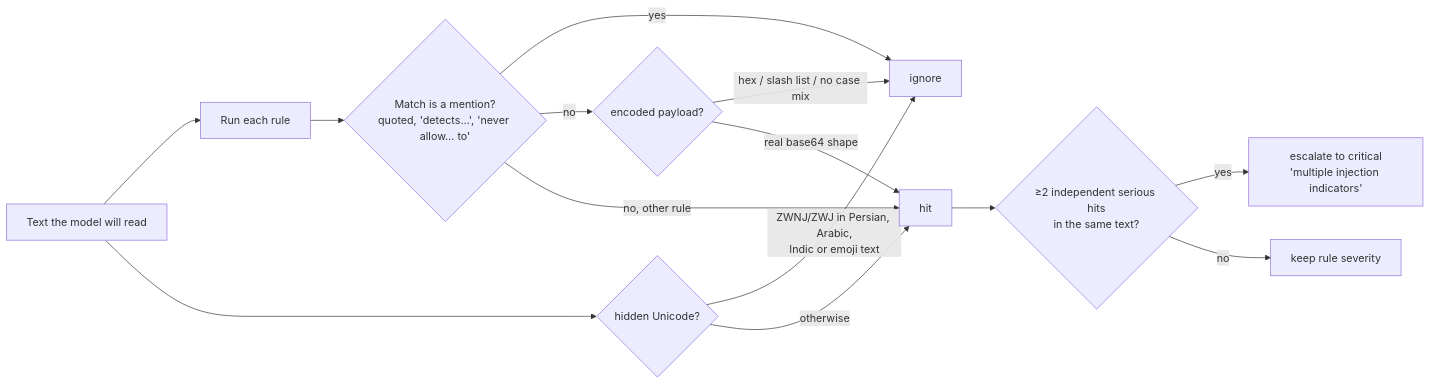
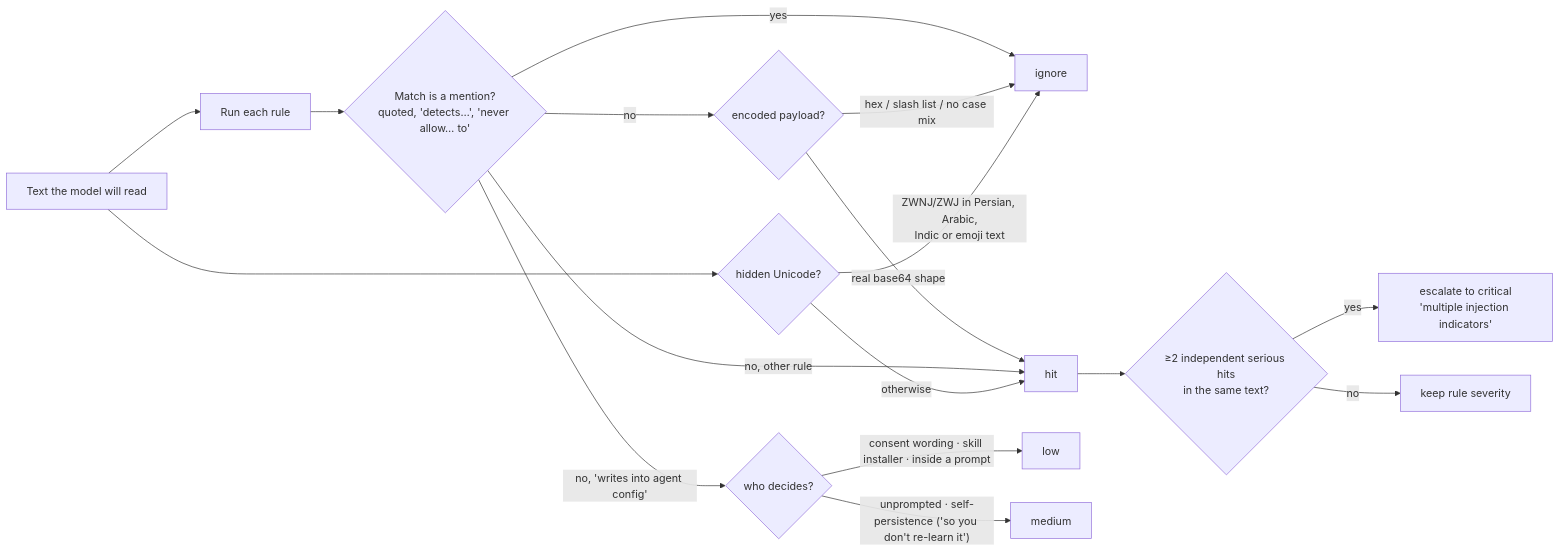
One commit to SomehowLiving/sniffmcp changed the third of 8 diagrams in ARCHITECTURE.md. Above: the diagram before and after it, drawn with Mermaid. The commit also changed other lines of this file and 9 other files, not shown here.

Commit message:
Docs: product docs in docs/ (getting started, detection reference, watching, GitHub Action, OAuth, crawler method); refresh ARCHITECTURE and README

````diff
--- a/ARCHITECTURE.md
+++ b/ARCHITECTURE.md
@@ -95,16 +103,19 @@
 ```mermaid
 flowchart LR
     T["Text the model will read"] --> R["Run each rule"]
     R --> F1{"Match is a mention?<br/>quoted, 'detects…', 'never allow… to'"}
     F1 -->|yes| X["ignore"]
     F1 -->|no| F2{"encoded payload?"}
     F2 -->|"hex / slash list / no case mix"| X
     F2 -->|real base64 shape| H["hit"]
     F1 -->|no, other rule| H
+    F1 -->|"no, 'writes into agent config'"| G{"who decides?"}
+    G -->|"consent wording · skill installer · inside a prompt"| L["low"]
+    G -->|"unprompted · self-persistence ('so you don't re-learn it')"| M2["medium"]
     T --> U{"hidden Unicode?"}
     U -->|"ZWNJ/ZWJ in Persian, Arabic,<br/>Indic or emoji text"| X
     U -->|otherwise| H
     H --> C{"≥2 independent serious hits<br/>in the same text?"}
     C -->|yes| CR["escalate to critical<br/>'multiple injection indicators'"]
     C -->|no| K["keep rule severity"]
 ```
````
